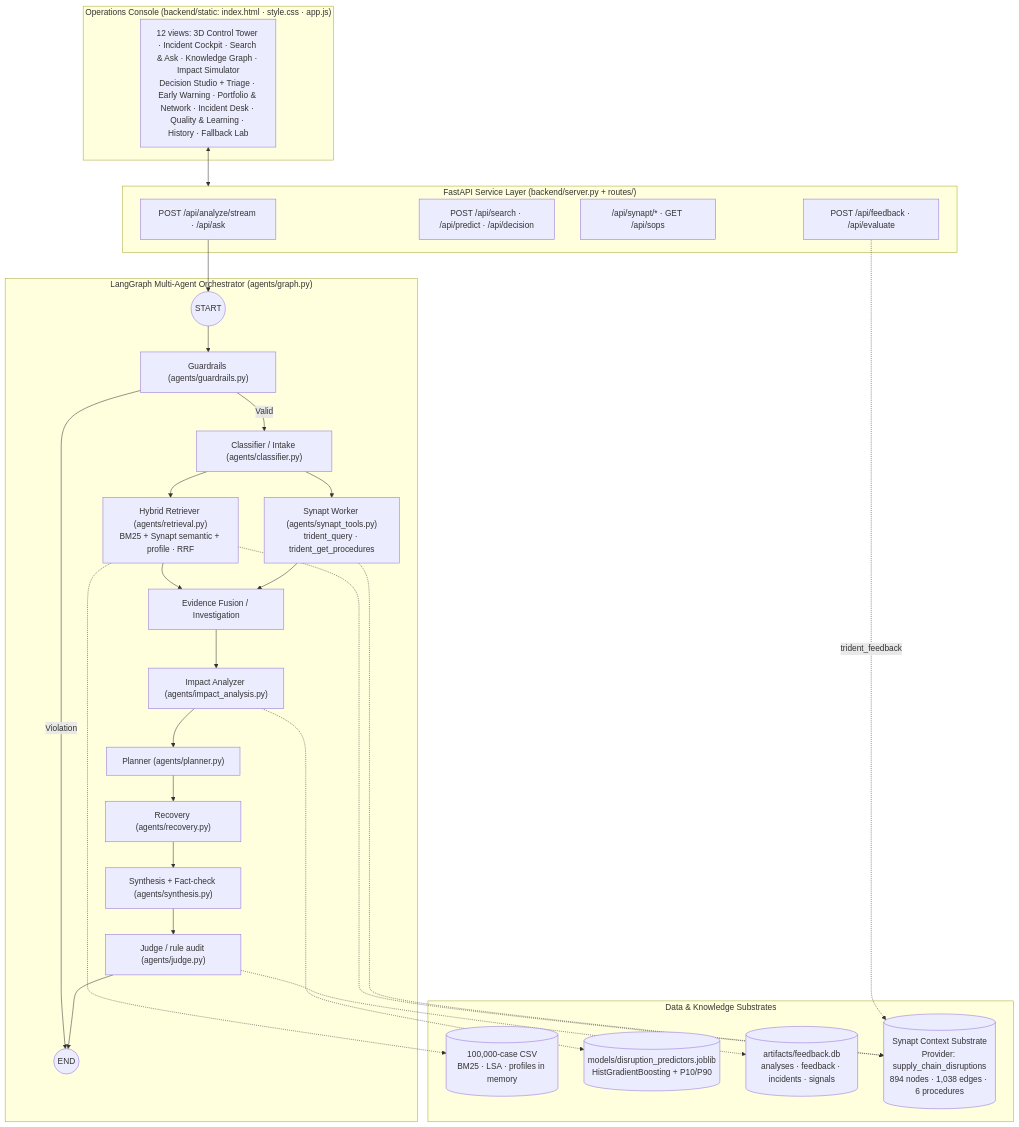
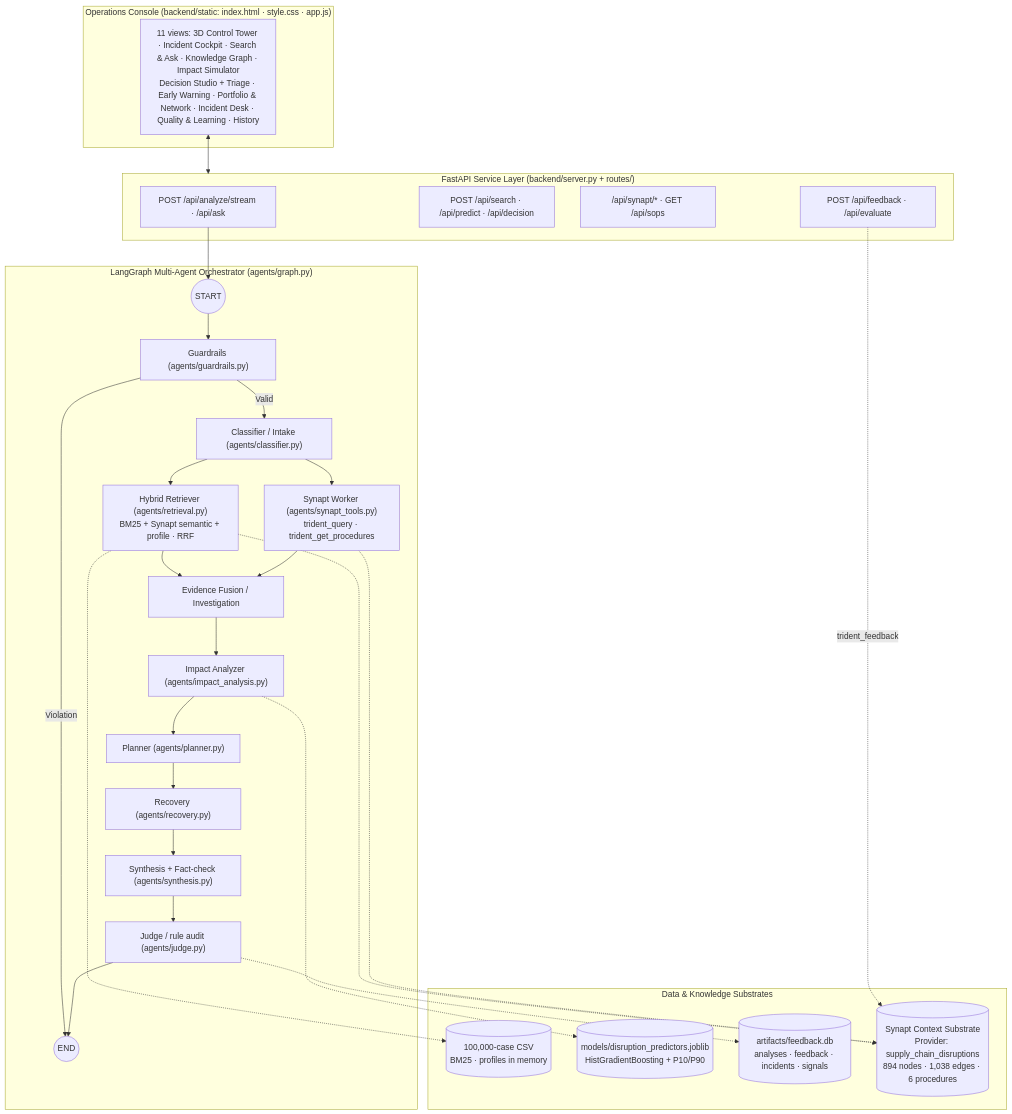
Before and after one commit to Revanth2074/SupplyChain: the diagram in README.md, drawn with Mermaid. The commit also changed other lines of this file and 44 other files, not shown here.

````diff
--- a/README.md
+++ b/README.md
@@ -36,52 +36,52 @@
 ```mermaid
 flowchart TD
     subgraph Client_Layer ["Operations Console (backend/static: index.html · style.css · app.js)"]
-        UI["12 views: 3D Control Tower · Incident Cockpit · Search & Ask · Knowledge Graph · Impact Simulator<br/>Decision Studio + Triage · Early Warning · Portfolio & Network · Incident Desk · Quality & Learning · History · Fallback Lab"]
+        UI["11 views: 3D Control Tower · Incident Cockpit · Search & Ask · Knowledge Graph · Impact Simulator<br/>Decision Studio + Triage · Early Warning · Portfolio & Network · Incident Desk · Quality & Learning · History"]
     end
 
     subgraph Service_Layer ["FastAPI Service Layer (backend/server.py + routes/)"]
         API_QUERY["POST /api/analyze/stream · /api/ask"]
         API_SEARCH["POST /api/search · /api/predict · /api/decision"]
         API_SYN["/api/synapt/* · GET /api/sops"]
         API_FB["POST /api/feedback · /api/evaluate"]
     end
 
     subgraph Orchestration_Layer ["LangGraph Multi-Agent Orchestrator (agents/graph.py)"]
         START((START))
         GUARD["Guardrails (agents/guardrails.py)"]
         CLS["Classifier / Intake (agents/classifier.py)"]
         HYB["Hybrid Retriever (agents/retrieval.py)<br/>BM25 + Synapt semantic + profile · RRF"]
         SYN["Synapt Worker (agents/synapt_tools.py)<br/>trident_query · trident_get_procedures"]
         FUSE["Evidence Fusion / Investigation"]
         IMP["Impact Analyzer (agents/impact_analysis.py)"]
         PLAN["Planner (agents/planner.py)"]
         REC["Recovery (agents/recovery.py)"]
         SYNTH["Synthesis + Fact-check (agents/synthesis.py)"]
         JUDGE["Judge / rule audit (agents/judge.py)"]
         FINISH((END))
     end
 
     subgraph Storage_Layer ["Data & Knowledge Substrates"]
-        DATA[("100,000-case CSV<br/>BM25 · LSA · profiles in memory")]
+        DATA[("100,000-case CSV<br/>BM25 · profiles in memory")]
         ML_MODEL[("models/disruption_predictors.joblib<br/>HistGradientBoosting + P10/P90")]
         SQL_DB[("artifacts/feedback.db<br/>analyses · feedback · incidents · signals")]
         SYNAPT_SUB[("Synapt Context Substrate<br/>Provider: supply_chain_disruptions<br/>894 nodes · 1,038 edges · 6 procedures")]
     end
 
     UI <--> Service_Layer
     API_QUERY --> START
     START --> GUARD
     GUARD -->|Valid| CLS
     GUARD -->|Violation| FINISH
     CLS --> HYB & SYN
     HYB --> FUSE
     SYN --> FUSE
     FUSE --> IMP --> PLAN --> REC --> SYNTH --> JUDGE --> FINISH
 
     HYB -.-> DATA
     HYB -.-> SYNAPT_SUB
     SYN -.-> SYNAPT_SUB
     IMP -.-> ML_MODEL
     JUDGE -.-> SQL_DB
     API_FB -.->|trident_feedback| SYNAPT_SUB
 ```
````
